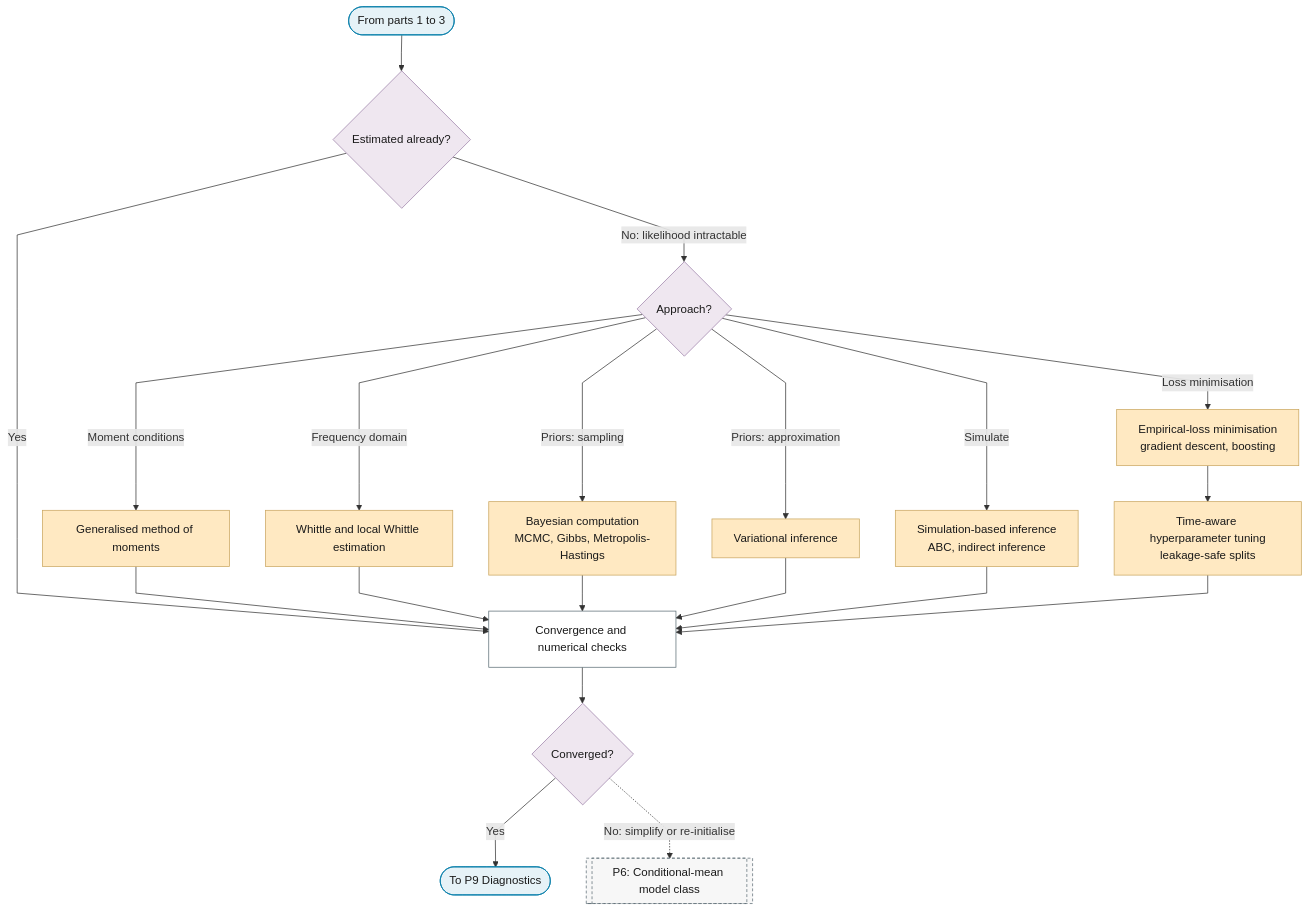
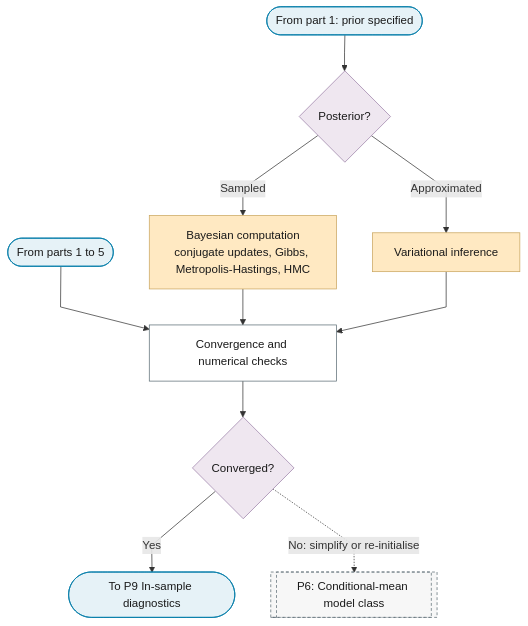
The sixth of 6 diagrams in docs/01-workflow/p08-estimation.md (Shuxin-Y/time-series-analysis-manual), drawn with Mermaid before and after one commit. The commit also changed other lines of this file and 2 other files, not shown here.

First line of the commit message:
feat(p8): prior and model kind first, endogeneity, joint ML, spectral likelihood

````diff
--- a/docs/01-workflow/p08-estimation.md
+++ b/docs/01-workflow/p08-estimation.md
@@ -95,31 +151,25 @@
 ```mermaid
 %%{init: {"flowchart": {"curve": "linear"}}}%%
 graph TD
-    P8_PART_4_IN(["From parts 1 to 3"]) --> P8_ESTIMATED{"Estimated already?"}
-    P8_ESTIMATED -->|"No: likelihood intractable"| P8_INTRACTABLE{"Approach?"}
-    P8_ESTIMATED -->|"Yes"| P8_CONVERGENCE
-    P8_INTRACTABLE -->|"Moment conditions"| P8_GMM["Generalised method of moments"]
-    P8_INTRACTABLE -->|"Frequency domain"| P8_WHITTLE["Whittle and local Whittle estimation"]
-    P8_INTRACTABLE -->|"Priors: sampling"| P8_MCMC["Bayesian computation<br/>MCMC, Gibbs, Metropolis-Hastings"]
-    P8_INTRACTABLE -->|"Priors: approximation"| P8_VARIATIONAL["Variational inference"]
-    P8_INTRACTABLE -->|"Simulate"| P8_SIMULATION_INFERENCE["Simulation-based inference<br/>ABC, indirect inference"]
-    P8_INTRACTABLE -->|"Loss minimisation"| P8_EMPIRICAL_LOSS["Empirical-loss minimisation<br/>gradient descent, boosting"]
-    P8_EMPIRICAL_LOSS --> P8_HYPERPARAMETERS["Time-aware hyperparameter tuning<br/>leakage-safe splits"]
-    P8_GMM & P8_WHITTLE & P8_MCMC & P8_VARIATIONAL & P8_SIMULATION_INFERENCE & P8_HYPERPARAMETERS --> P8_CONVERGENCE["Convergence and numerical checks"]
+    P8_PART_6_IN(["From part 1: prior specified"]) --> P8_POSTERIOR{"Posterior?"}
+    P8_POSTERIOR -->|"Sampled"| P8_MCMC["Bayesian computation<br/>conjugate updates, Gibbs, Metropolis-Hastings, HMC"]
+    P8_POSTERIOR -->|"Approximated"| P8_VARIATIONAL["Variational inference"]
+    P8_PART_6_ALL_IN(["From parts 1 to 5"]) --> P8_CONVERGENCE
+    P8_MCMC & P8_VARIATIONAL --> P8_CONVERGENCE["Convergence and numerical checks"]
     P8_CONVERGENCE --> P8_CONVERGED{"Converged?"}
-    P8_CONVERGED -->|"Yes"| P8_OUT(["To P9 Diagnostics"])
+    P8_CONVERGED -->|"Yes"| P8_OUT(["To P9 In-sample diagnostics"])
     P8_CONVERGED -.->|"No: simplify or re-initialise"| P6[["P6: Conditional-mean model class"]]
-    class P8_GMM,P8_WHITTLE,P8_MCMC,P8_SIMULATION_INFERENCE,P8_EMPIRICAL_LOSS,P8_VARIATIONAL,P8_HYPERPARAMETERS escalate
-    class P8_PART_4_IN,P8_OUT terminator
-    class P8_ESTIMATED,P8_INTRACTABLE,P8_CONVERGED decision
+    class P8_MCMC,P8_VARIATIONAL escalate
+    class P8_PART_6_IN,P8_PART_6_ALL_IN,P8_OUT terminator
+    class P8_POSTERIOR,P8_CONVERGED decision
     class P8_CONVERGENCE process
     class P6 ref
     classDef terminator fill:#E6F2F7,stroke:#007BA7,color:#1A1A1A;
     classDef process fill:#FFFFFF,stroke:#5A6B73,color:#1A1A1A;
     classDef decision fill:#EFE7F0,stroke:#9B7FA7,color:#1A1A1A;
     classDef data fill:#FFF4E0,stroke:#C9A55E,color:#1A1A1A;
     classDef good fill:#DCEFD8,stroke:#4A7A3F,color:#1A1A1A;
     classDef escalate fill:#FFE9C2,stroke:#C9A55E,color:#1A1A1A;
     classDef problem fill:#F2D9DE,stroke:#800020,color:#1A1A1A;
     classDef ref fill:#F7F7F7,stroke:#5A6B73,color:#1A1A1A,stroke-dasharray:4 3;
 ```
````
